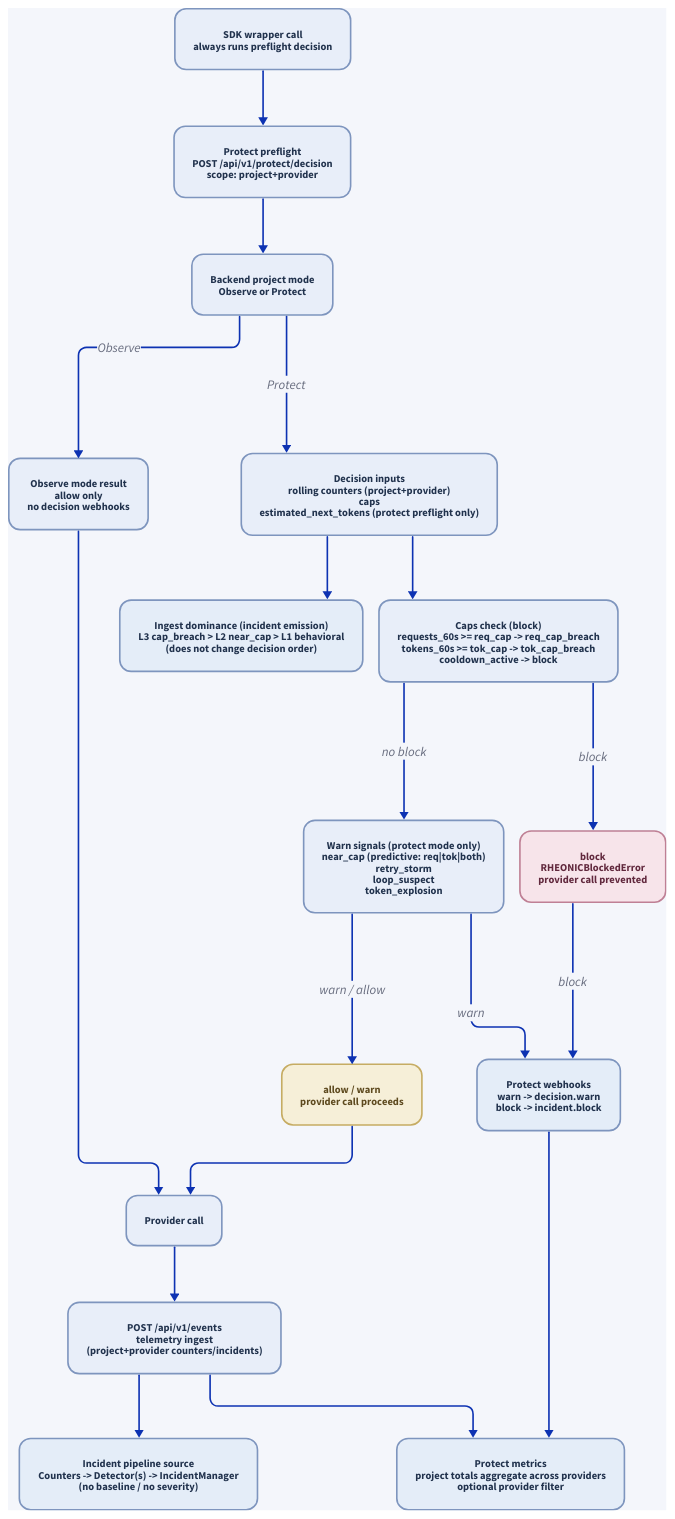
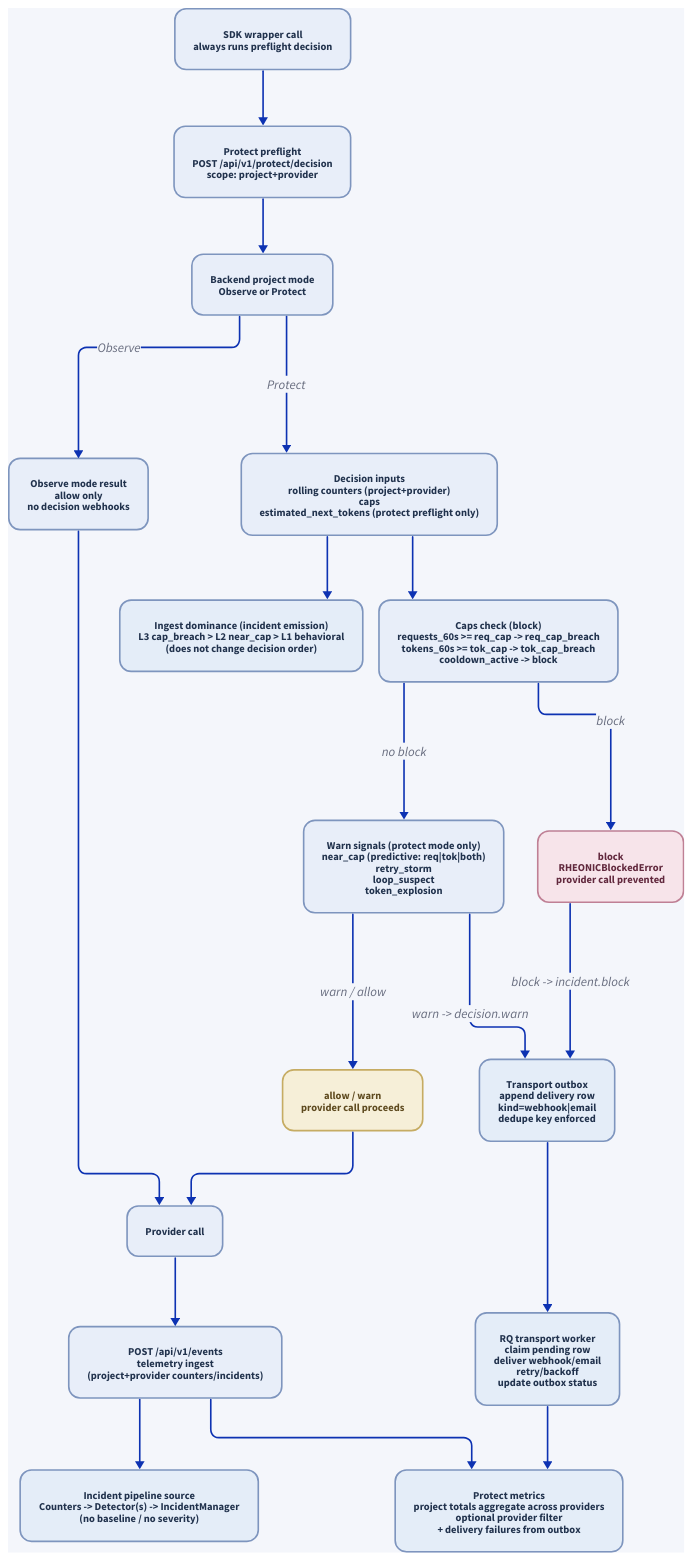
The diagram in frontend/public/docs/architecture/protect_decision_flow.d2 (MichaelTelvin/Rheonic), drawn with D2 before and after one commit. The commit also changed 48 other files, not shown here.

```diff
--- a/frontend/public/docs/architecture/protect_decision_flow.d2
+++ b/frontend/public/docs/architecture/protect_decision_flow.d2
@@ -1,180 +1,191 @@
 direction: down
 
 vars: {
   d2-config: {
     pad: 20
     sketch: false
     layout-engine: elk
   }
 }
 
 style: {
   fill: "#f4f6fb"
 }
 
 sdk_call: "SDK wrapper call\nalways runs preflight decision" {
   style: {
     fill: "#e8eef9"
     stroke: "#7e95be"
     font-color: "#21324d"
     border-radius: 14
     font-size: 13
   }
 }
 
 mode_gate: "Backend project mode\nObserve or Protect" {
   style: {
     fill: "#e8eef9"
     stroke: "#7e95be"
     font-color: "#21324d"
     border-radius: 14
     font-size: 13
   }
 }
 
 preflight: "Protect preflight\nPOST /api/v1/protect/decision\nscope: project+provider" {
   style: {
     fill: "#e8eef9"
     stroke: "#7e95be"
     font-color: "#21324d"
     border-radius: 14
     font-size: 13
   }
 }
 
 inputs: "Decision inputs\nrolling counters (project+provider)\ncaps\nestimated_next_tokens (protect preflight only)" {
   style: {
     fill: "#e8eef9"
     stroke: "#7e95be"
     font-color: "#21324d"
     border-radius: 14
     font-size: 13
   }
 }
 
 caps: "Caps check (block)\nrequests_60s >= req_cap -> req_cap_breach\ntokens_60s >= tok_cap -> tok_cap_breach\ncooldown_active -> block" {
   style: {
     fill: "#e8eef9"
     stroke: "#7e95be"
     font-color: "#21324d"
     border-radius: 14
     font-size: 13
   }
 }
 
 warn_signals: "Warn signals (protect mode only)\nnear_cap (predictive: req|tok|both)\nretry_storm\nloop_suspect\ntoken_explosion" {
   style: {
     fill: "#e8eef9"
     stroke: "#7e95be"
     font-color: "#21324d"
     border-radius: 14
     font-size: 13
   }
 }
 
 ingest_note: "Ingest dominance (incident emission)\nL3 cap_breach > L2 near_cap > L1 behavioral\n(does not change decision order)" {
   style: {
     fill: "#e4edf8"
     stroke: "#7e95be"
     font-color: "#21324d"
     border-radius: 14
     font-size: 13
   }
 }
 
 allow_warn: "allow / warn\nprovider call proceeds" {
   style: {
     fill: "#f6efd8"
     stroke: "#c6ac63"
     font-color: "#5e4a1f"
     border-radius: 14
     font-size: 13
   }
 }
 
 block: "block\nRHEONICBlockedError\nprovider call prevented" {
   style: {
     fill: "#f7e4ea"
     stroke: "#bf8095"
     font-color: "#61283d"
     border-radius: 14
     font-size: 13
   }
 }
 
-decision_webhooks: "Protect webhooks\nwarn -> decision.warn\nblock -> incident.block" {
+transport_outbox: "Transport outbox\nappend delivery row\nkind=webhook|email\ndedupe key enforced" {
+  style: {
+    fill: "#e4edf8"
+    stroke: "#7e95be"
+    font-color: "#21324d"
+    border-radius: 14
+    font-size: 13
+  }
+}
+
+transport_worker: "RQ transport worker\nclaim pending row\ndeliver webhook/email\nretry/backoff\nupdate outbox status" {
   style: {
     fill: "#e4edf8"
     stroke: "#7e95be"
     font-color: "#21324d"
     border-radius: 14
     font-size: 13
   }
 }
 
 provider: "Provider call" {
   style: {
     fill: "#e8eef9"
     stroke: "#7e95be"
     font-color: "#21324d"
     border-radius: 14
     font-size: 13
   }
 }
 
 ingest: "POST /api/v1/events\ntelemetry ingest\n(project+provider counters/incidents)" {
   style: {
     fill: "#e8eef9"
     stroke: "#7e95be"
     font-color: "#21324d"
     border-radius: 14
     font-size: 13
   }
 }
 
 incident_pipeline: "Incident pipeline source\nCounters -> Detector(s) -> IncidentManager\n(no baseline / no severity)" {
   style: {
     fill: "#e4edf8"
     stroke: "#7e95be"
     font-color: "#21324d"
     border-radius: 14
     font-size: 13
   }
 }
 
-metrics: "Protect metrics\nproject totals aggregate across providers\noptional provider filter" {
+metrics: "Protect metrics\nproject totals aggregate across providers\noptional provider filter\n+ delivery failures from outbox" {
   style: {
     fill: "#e4edf8"
     stroke: "#7e95be"
     font-color: "#21324d"
     border-radius: 14
     font-size: 13
   }
 }
 
 sdk_call -> preflight
 preflight -> mode_gate
 mode_gate -> observe: "Observe"
 mode_gate -> inputs: "Protect"
 observe -> provider
 inputs -> caps
 inputs -> ingest_note
 caps -> block: "block"
 caps -> warn_signals: "no block"
 warn_signals -> allow_warn: "warn / allow"
-warn_signals -> decision_webhooks: "warn"
-block -> decision_webhooks: "block"
+warn_signals -> transport_outbox: "warn -> decision.warn"
+block -> transport_outbox: "block -> incident.block"
 allow_warn -> provider
 provider -> ingest
-decision_webhooks -> metrics
+transport_outbox -> transport_worker
+transport_worker -> metrics
 ingest -> incident_pipeline
 ingest -> metrics
 observe: "Observe mode result\nallow only\nno decision webhooks" {
   style: {
     fill: "#e8eef9"
     stroke: "#7e95be"
     font-color: "#21324d"
     border-radius: 14
     font-size: 13
   }
 }
```
